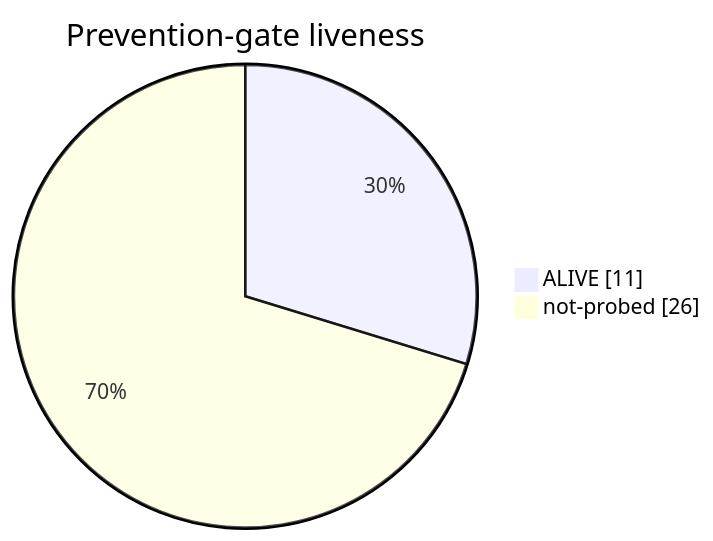
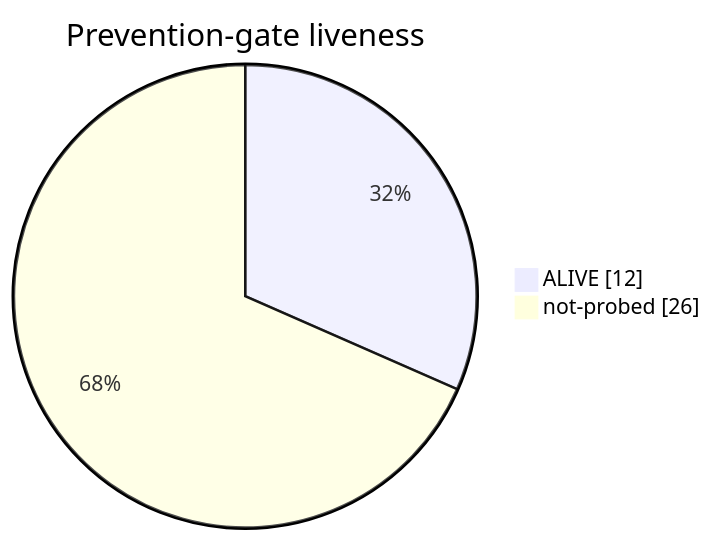
The second of 4 diagrams in docs/harness-status.md (Yos-K/gatecrate), drawn with Mermaid before and after one commit. The commit also changed other lines of this file and 1 other file, not shown here.

````diff
--- a/docs/harness-status.md
+++ b/docs/harness-status.md
@@ -30,6 +30,6 @@
 ```mermaid
 pie showData
     title Prevention-gate liveness
-    "ALIVE" : 11
+    "ALIVE" : 12
     "not-probed" : 26
 ```
````
